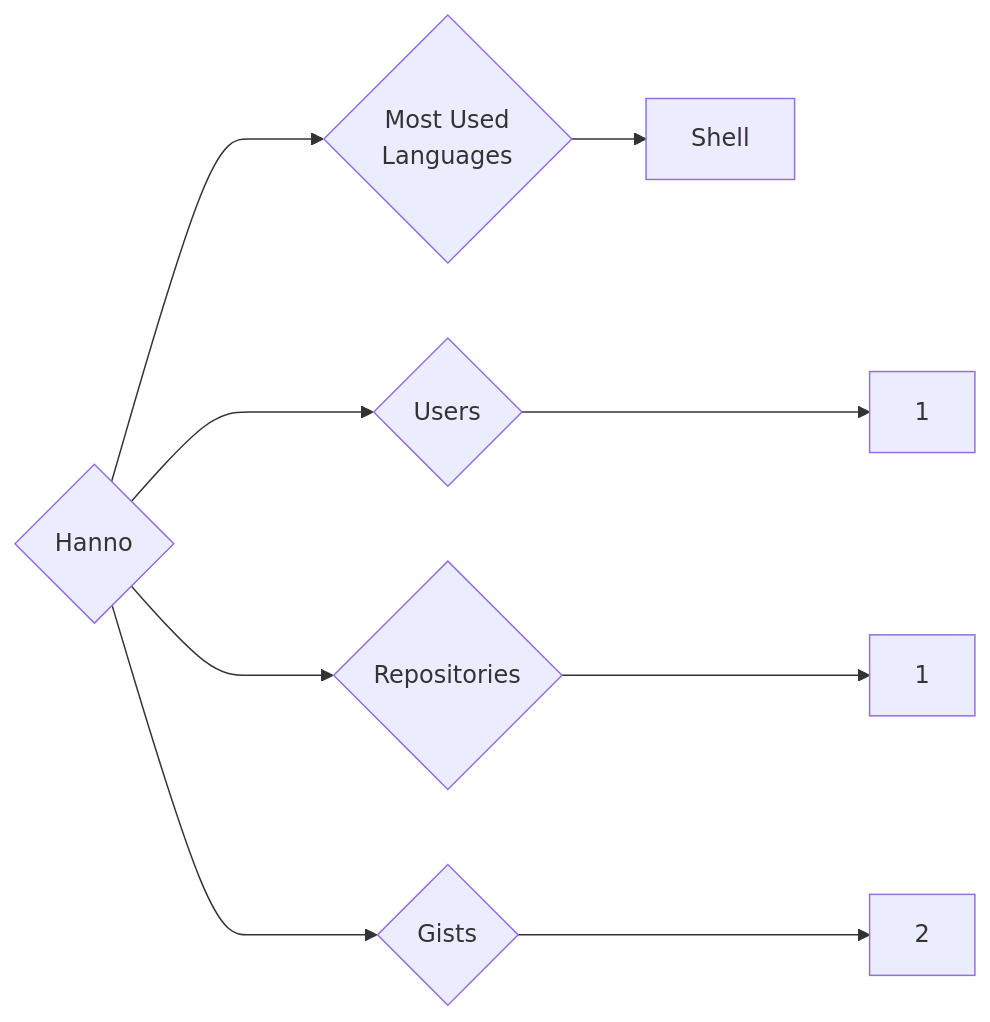
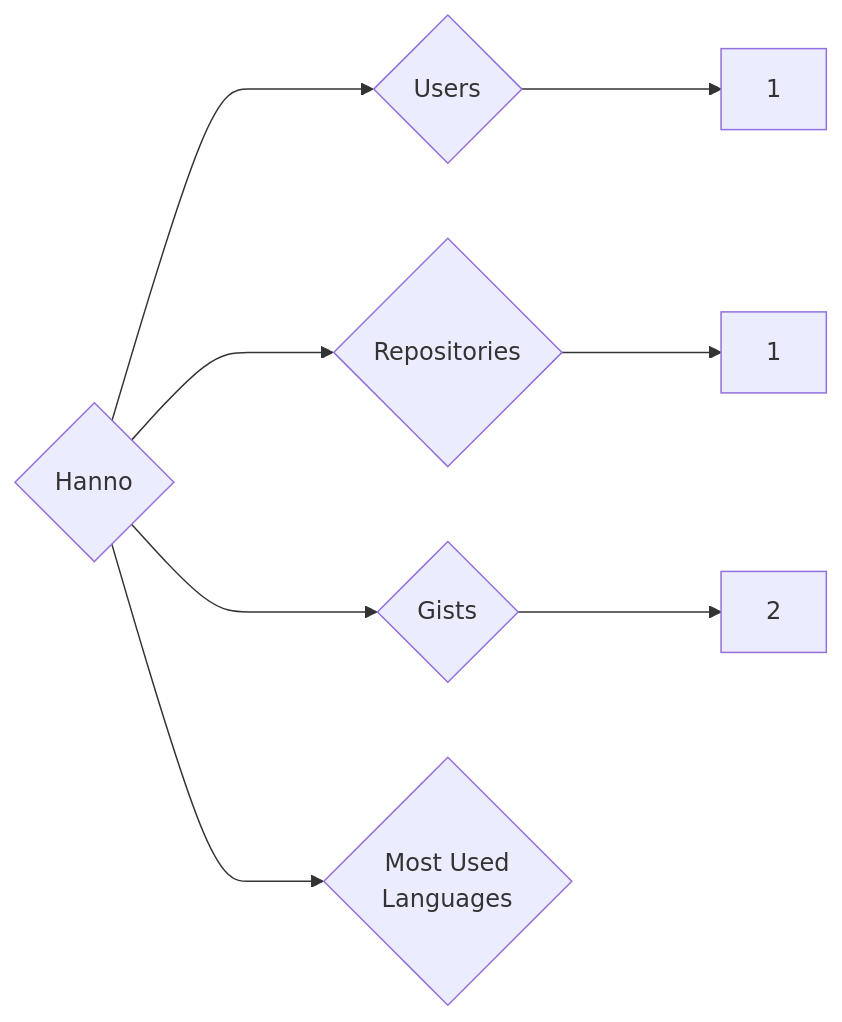
One commit to trickest/insiders changed the diagram in targets/Hanno/README.md. Above: the diagram before and after it, drawn with Mermaid. The commit also changed 1195 other files, not shown here.

````diff
--- a/targets/Hanno/README.md
+++ b/targets/Hanno/README.md
@@ -3,9 +3,8 @@
 ```mermaid
 graph LR
 COMPANY_NAME{Hanno}
 COMPANY_NAME ---> U{Users} ---> UN[1]
 COMPANY_NAME ---> R{Repositories} ---> RN[1]
 COMPANY_NAME ---> G{Gists} ---> GN[2]
 COMPANY_NAME ---> ML{Most Used<br>Languages}
-ML --> Shell[Shell]
 ```
````
